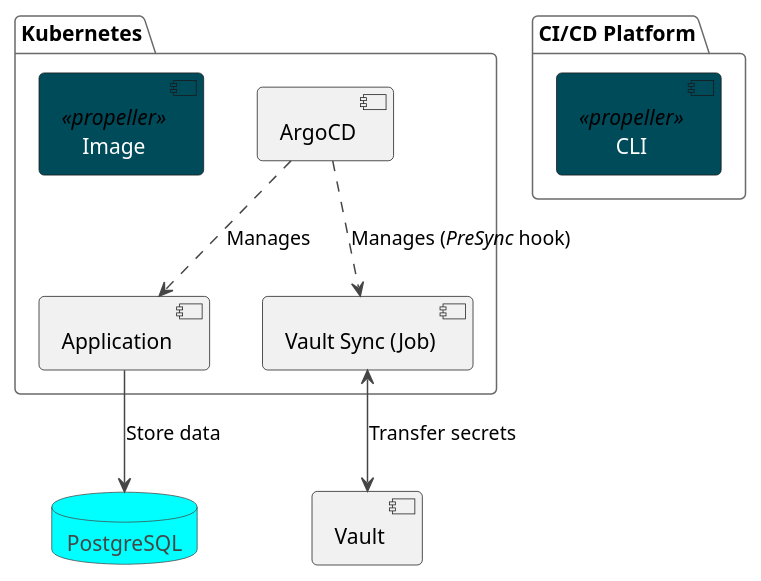
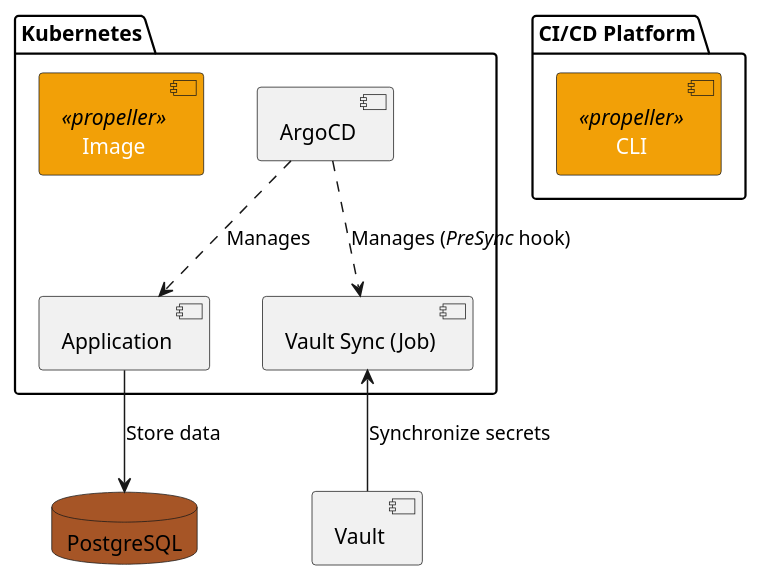
One commit to postfinance/propeller changed the diagram in docs/application-architecture.puml. Above: the diagram before and after it, drawn with PlantUML. The commit also changed 2 other files, not shown here.

```diff
--- a/docs/application-architecture.puml
+++ b/docs/application-architecture.puml
@@ -1,30 +1,28 @@
 @startuml
 
-!theme vibrant
-
 skinparam component {
-    BackgroundColor<<propeller>> #004B5A
+    BackgroundColor<<propeller>> #F2A007
 }
 
 package "CI/CD Platform" {
     component "<color:#white>CLI</color>" as prop1 << propeller >>
 }
 
 package Kubernetes {
     component Application as app
     component ArgoCD
     component "Vault Sync (Job)" as vsync
 
     component "<color:#white>Image</color>" as prop2 << propeller >>
 
     ArgoCD ..> app: Manages
     ArgoCD ..> vsync: Manages (//PreSync// hook)
 }
 
-database PostgreSQL as db
+database PostgreSQL as db #A65526
 component Vault
 
 app --> db: Store data
-vsync <--> Vault: Transfer secrets
+vsync <-- Vault: Synchronize secrets
 
 @enduml
```
